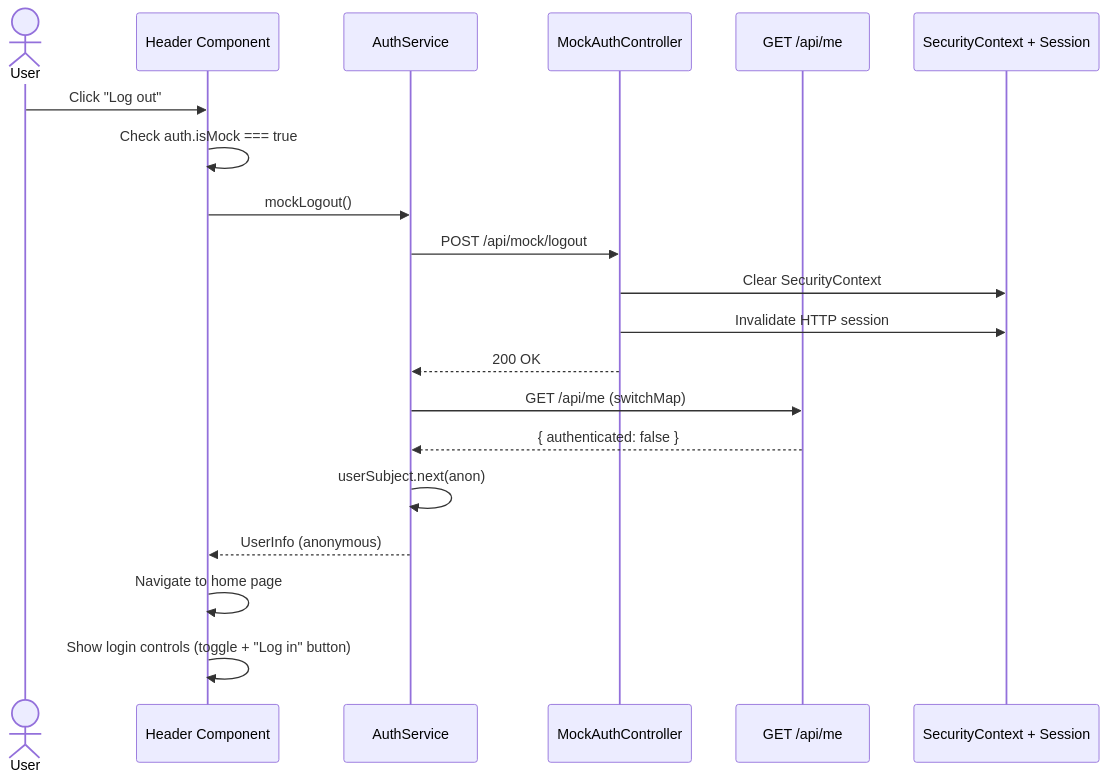
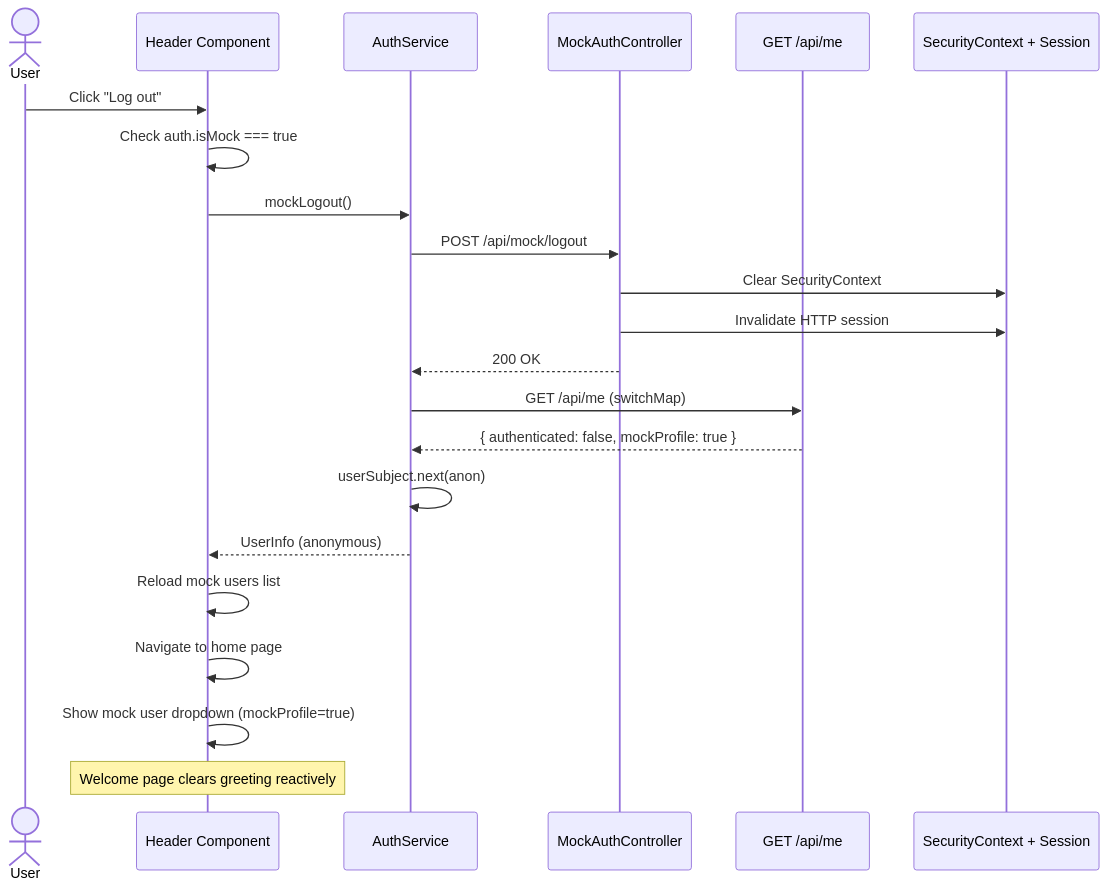
The second of 4 diagrams in docs/mock-authentication.md (FredX123/leap-poc), drawn with Mermaid before and after one commit. The commit also changed other lines of this file and 14 other files, not shown here.

Commit message:
Implementated the solution of Spring profile-based mock authentication / authorization. Do not use for now. Decide later.

````diff
--- a/docs/mock-authentication.md
+++ b/docs/mock-authentication.md
@@ -139,23 +221,25 @@
 ```mermaid
 sequenceDiagram
     actor User
     participant Header as Header Component
     participant AuthSvc as AuthService
     participant Backend as MockAuthController
     participant MeEndpoint as GET /api/me
     participant Security as SecurityContext + Session
 
     User->>Header: Click "Log out"
     Header->>Header: Check auth.isMock === true
     Header->>AuthSvc: mockLogout()
     AuthSvc->>Backend: POST /api/mock/logout
     Backend->>Security: Clear SecurityContext
     Backend->>Security: Invalidate HTTP session
     Backend-->>AuthSvc: 200 OK
     AuthSvc->>MeEndpoint: GET /api/me (switchMap)
-    MeEndpoint-->>AuthSvc: { authenticated: false }
+    MeEndpoint-->>AuthSvc: { authenticated: false, mockProfile: true }
     AuthSvc->>AuthSvc: userSubject.next(anon)
     AuthSvc-->>Header: UserInfo (anonymous)
+    Header->>Header: Reload mock users list
     Header->>Header: Navigate to home page
-    Header->>Header: Show login controls (toggle + "Log in" button)
+    Header->>Header: Show mock user dropdown (mockProfile=true)
+    Note over Header: Welcome page clears greeting reactively
 ```
````
